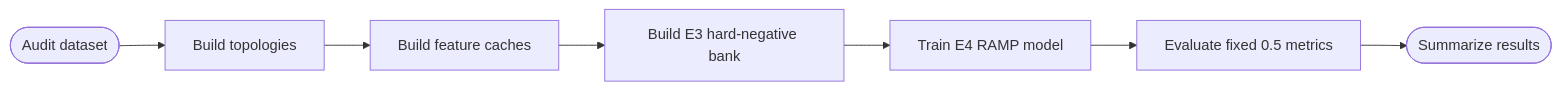
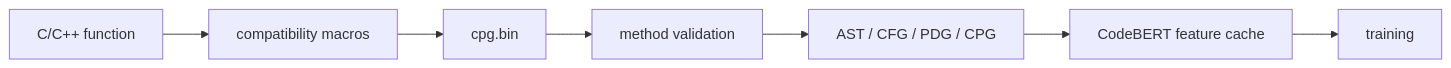
Before and after one commit to Pocon041/cpg-vuln-detection: the diagram in README.md, drawn with Mermaid. The commit also changed other lines of this file, not shown here.

````diff
--- a/README.md
+++ b/README.md
@@ -72,12 +73,9 @@
 ```mermaid
 flowchart LR
-    accTitle: CPG Experiment Pipeline
-    accDescr: Pipeline from dataset audit through topology construction, feature caching, hard-negative mining, training, and result reporting
-
-    audit([Audit dataset]) --> topology[Build topologies]
-    topology --> features[Build feature caches]
-    features --> bank[Build E3 hard-negative bank]
-    bank --> train[Train E4 RAMP model]
-    train --> evaluate[Evaluate fixed 0.5 metrics]
-    evaluate --> report([Summarize results])
+    source[C/C++ function] --> macro[compatibility macros]
+    macro --> cpg[cpg.bin]
+    cpg --> validate[method validation]
+    validate --> views[AST / CFG / PDG / CPG]
+    views --> cache[CodeBERT feature cache]
+    cache --> train[training]
 ```
````
